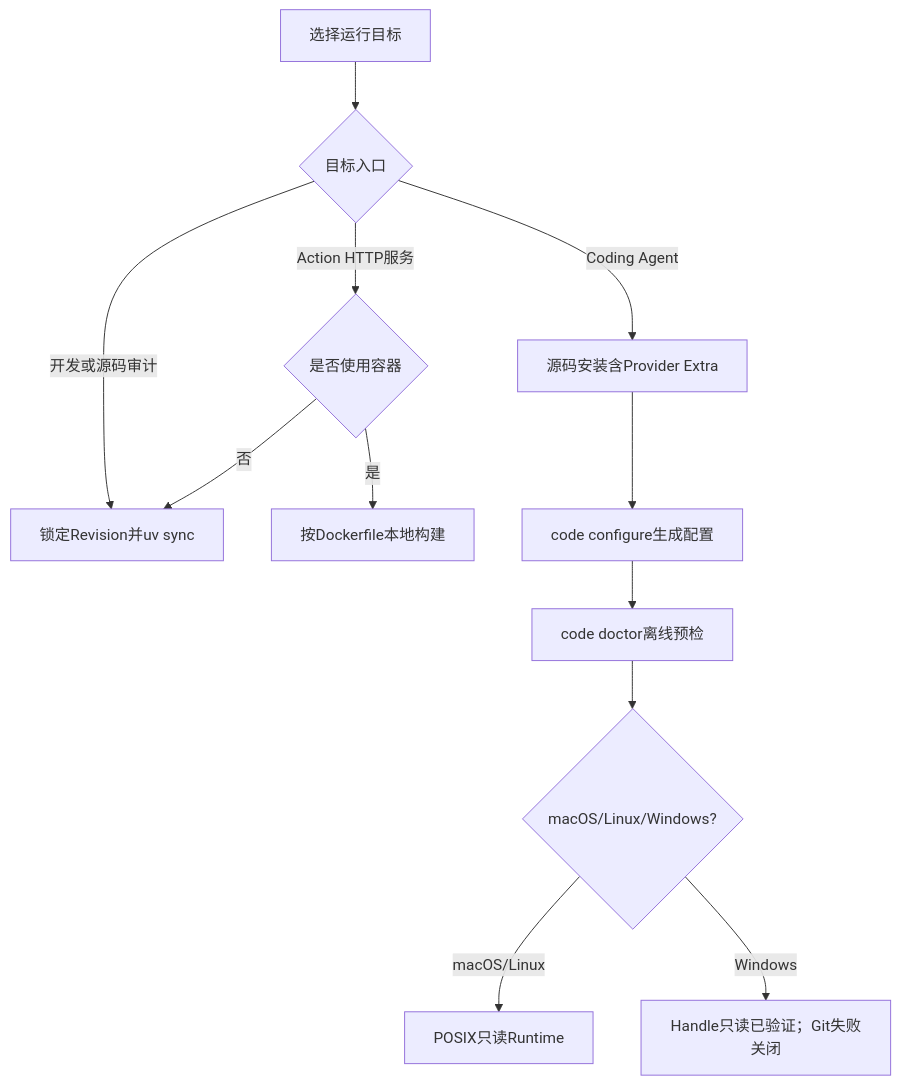
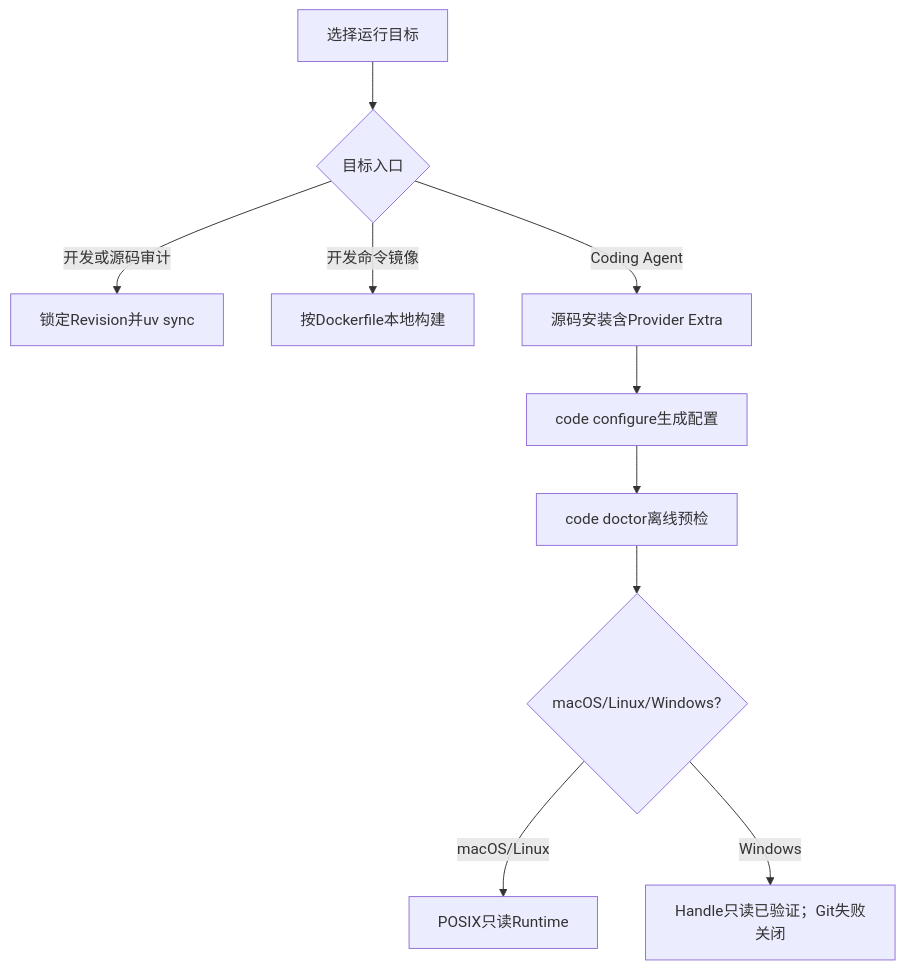
The diagram in docs/operations/installation.md (carrie1988/Harnessix), drawn with Mermaid before and after one commit. The commit also changed other lines of this file and 82 other files, not shown here.

````diff
--- a/docs/operations/installation.md
+++ b/docs/operations/installation.md
@@ -55,14 +54,12 @@
 ```mermaid
 flowchart TD
     Start[选择运行目标] --> Product{目标入口}
     Product -- 开发或源码审计 --> Source[锁定Revision并uv sync]
-    Product -- Action HTTP服务 --> Container{是否使用容器}
-    Container -- 否 --> Source
-    Container -- 是 --> Image[按Dockerfile本地构建]
+    Product -- 开发命令镜像 --> Image[按Dockerfile本地构建]
     Product -- Coding Agent --> Agent[源码安装含Provider Extra]
     Agent --> Configure[code configure生成配置]
     Configure --> Diagnose[code doctor离线预检]
     Diagnose --> Platform{macOS/Linux/Windows?}
     Platform -- macOS/Linux --> Posix[POSIX只读Runtime]
     Platform -- Windows --> Win[Handle只读已验证；Git失败关闭]
 ```
````
